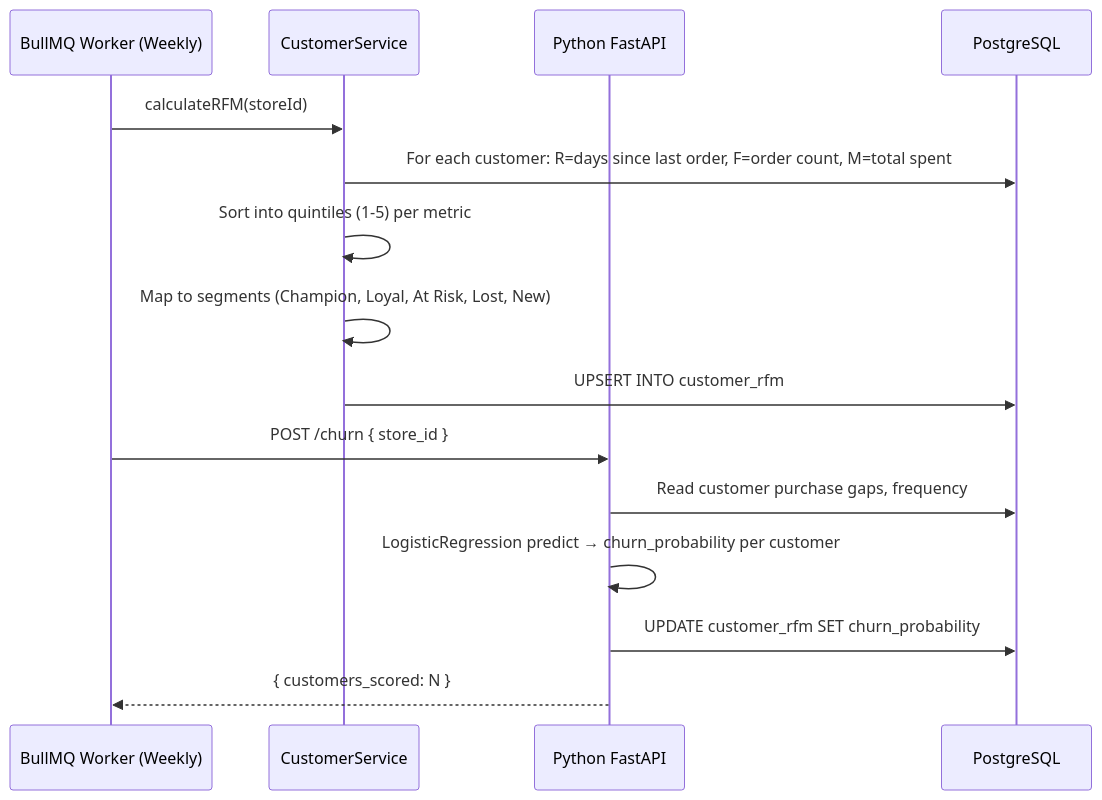
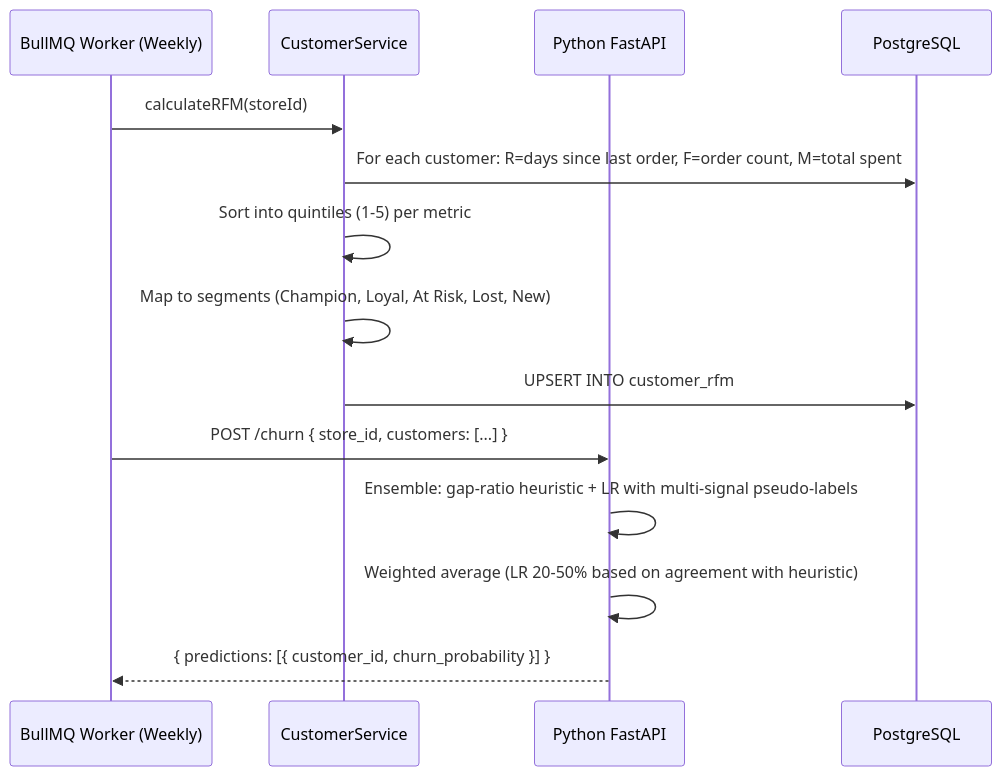
The tenth of 12 diagrams in implementation_plan.md (mr-sohel/SellWise), drawn with Mermaid before and after one commit. The commit also changed other lines of this file and 65 other files, not shown here.

````diff
--- a/implementation_plan.md
+++ b/implementation_plan.md
@@ -966,19 +981,18 @@
 ```mermaid
 sequenceDiagram
     participant Worker as BullMQ Worker (Weekly)
     participant Service as CustomerService
     participant ML as Python FastAPI
     participant DB as PostgreSQL
 
     Worker->>Service: calculateRFM(storeId)
     Service->>DB: For each customer: R=days since last order, F=order count, M=total spent
     Service->>Service: Sort into quintiles (1-5) per metric
     Service->>Service: Map to segments (Champion, Loyal, At Risk, Lost, New)
     Service->>DB: UPSERT INTO customer_rfm
 
-    Worker->>ML: POST /churn { store_id }
-    ML->>DB: Read customer purchase gaps, frequency
-    ML->>ML: LogisticRegression predict → churn_probability per customer
-    ML->>DB: UPDATE customer_rfm SET churn_probability
-    ML-->>Worker: { customers_scored: N }
+    Worker->>ML: POST /churn { store_id, customers: [...] }
+    ML->>ML: Ensemble: gap-ratio heuristic + LR with multi-signal pseudo-labels
+    ML->>ML: Weighted average (LR 20-50% based on agreement with heuristic)
+    ML-->>Worker: { predictions: [{ customer_id, churn_probability }] }
 ```
````
